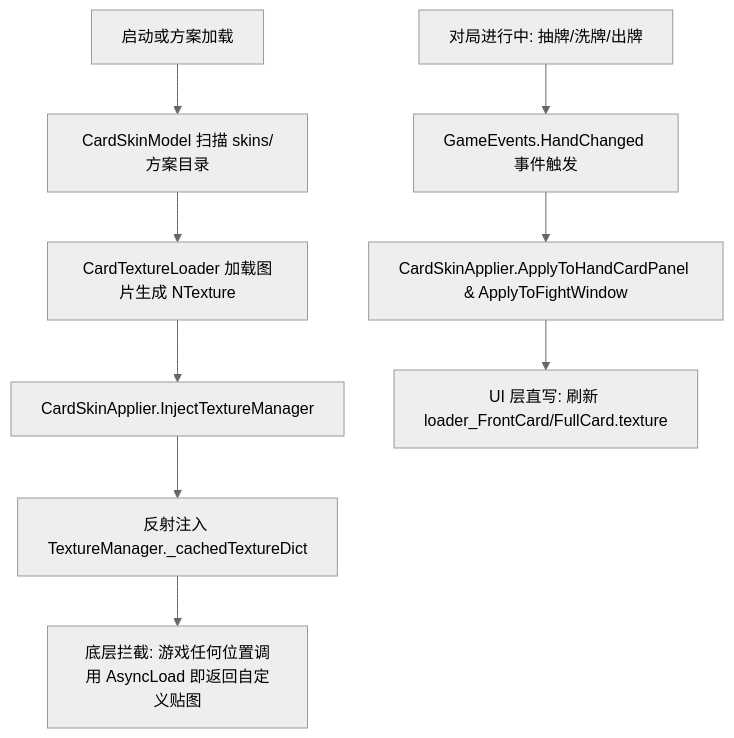
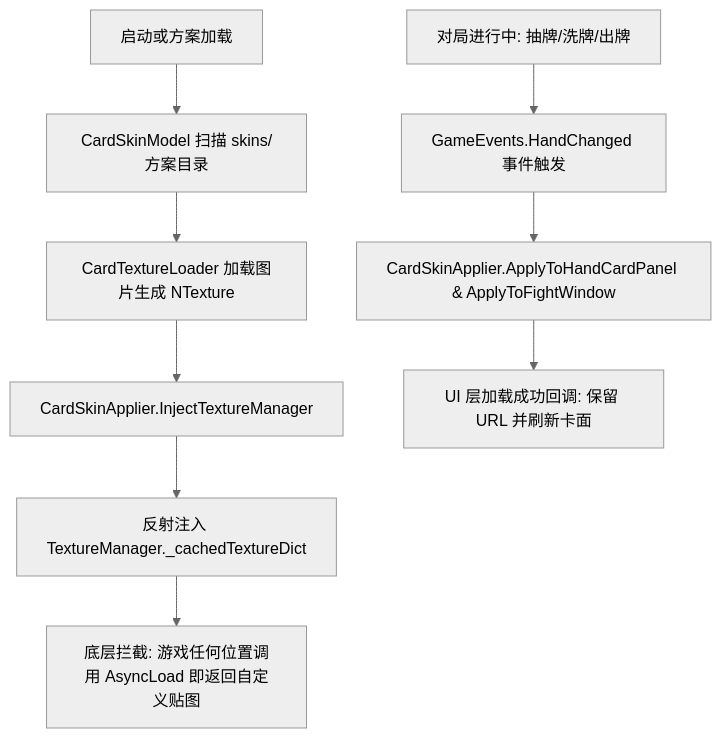
The diagram in mods/CardSkinMod/README.md (higashitaniyume/CesiumLoader), drawn with Mermaid (neutral theme) before and after one commit. The commit also changed other lines of this file and 26 other files, not shown here.

Commit message:
release(loader): 2.4.1 fixes transient black card skins

````diff
--- a/mods/CardSkinMod/README.md
+++ b/mods/CardSkinMod/README.md
@@ -82,12 +87,12 @@
 ```mermaid
 graph TD
     A[启动或方案加载] --> B[CardSkinModel 扫描 skins/方案目录]
     B --> C[CardTextureLoader 加载图片生成 NTexture]
     C --> D[CardSkinApplier.InjectTextureManager]
     D --> E[反射注入 TextureManager._cachedTextureDict]
     E --> F[底层拦截: 游戏任何位置调用 AsyncLoad 即返回自定义贴图]
 
     G[对局进行中: 抽牌/洗牌/出牌] --> H[GameEvents.HandChanged 事件触发]
     H --> I[CardSkinApplier.ApplyToHandCardPanel & ApplyToFightWindow]
-    I --> J[UI 层直写: 刷新 loader_FrontCard/FullCard.texture]
+    I --> J[UI 层加载成功回调: 保留 URL 并刷新卡面]
 ```
````
